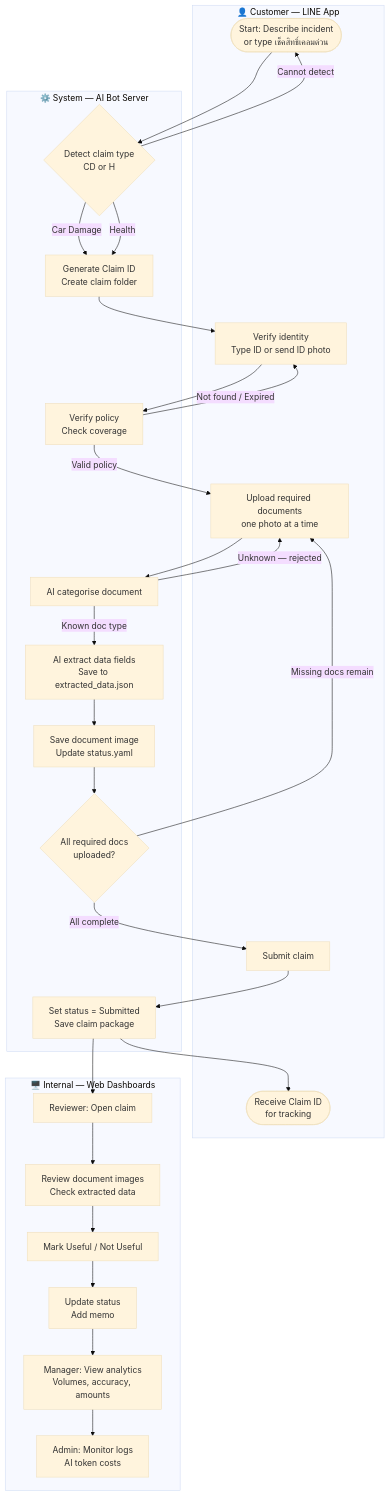
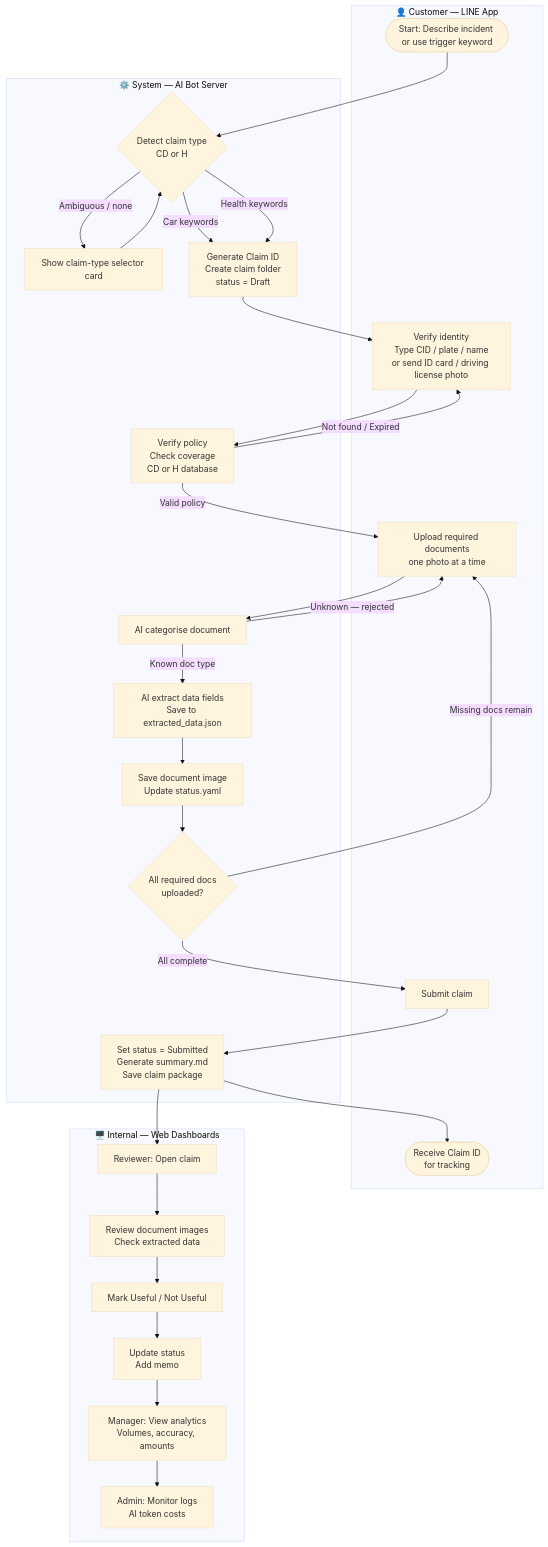
The first of 8 diagrams in document/user-journey.md (Tong3934/line-asst), drawn with Mermaid (base theme) before and after one commit. The commit also changed other lines of this file and 2 other files, not shown here.

````diff
--- a/document/user-journey.md
+++ b/document/user-journey.md
@@ -27,54 +27,56 @@
 ```mermaid
 flowchart TD
     subgraph Customer["👤 Customer — LINE App"]
-        C1([Start: Describe incident\nor type เช็คสิทธิ์เคลมด่วน])
-        C2[Verify identity\nType ID or send ID photo]
+        C1([Start: Describe incident or use trigger keyword])
+        C2[Verify identity\nType CID / plate / name\nor send ID card / driving license photo]
         C3[Upload required documents\none photo at a time]
         C4[Submit claim]
         C5([Receive Claim ID\nfor tracking])
     end
 
     subgraph System["⚙️ System — AI Bot Server"]
         S1{Detect claim type\nCD or H}
-        S2[Generate Claim ID\nCreate claim folder]
-        S3[Verify policy\nCheck coverage]
+        S1b[Show claim-type selector card]
+        S2[Generate Claim ID\nCreate claim folder\nstatus = Draft]
+        S3[Verify policy\nCheck coverage\nCD or H database]
         S4[AI categorise document]
         S5[AI extract data fields\nSave to extracted_data.json]
         S6[Save document image\nUpdate status.yaml]
         S7{All required docs\nuploaded?}
-        S8[Set status = Submitted\nSave claim package]
+        S8[Set status = Submitted\nGenerate summary.md\nSave claim package]
     end
 
     subgraph Internal["🖥️ Internal — Web Dashboards"]
         R1[Reviewer: Open claim]
         R2[Review document images\nCheck extracted data]
         R3[Mark Useful / Not Useful]
         R4[Update status\nAdd memo]
         M1[Manager: View analytics\nVolumes, accuracy, amounts]
         A1[Admin: Monitor logs\nAI token costs]
     end
 
     C1 --> S1
-    S1 -->|Car Damage| S2
-    S1 -->|Health| S2
-    S1 -->|Cannot detect| C1
+    S1 -->|Car keywords| S2
+    S1 -->|Health keywords| S2
+    S1 -->|Ambiguous / none| S1b
+    S1b --> S1
     S2 --> C2
     C2 --> S3
     S3 -->|Valid policy| C3
     S3 -->|Not found / Expired| C2
     C3 --> S4
     S4 -->|Known doc type| S5
     S4 -->|Unknown — rejected| C3
     S5 --> S6
     S6 --> S7
     S7 -->|Missing docs remain| C3
     S7 -->|All complete| C4
     C4 --> S8
     S8 --> C5
     S8 --> R1
     R1 --> R2
     R2 --> R3
     R3 --> R4
     R4 --> M1
     M1 --> A1
 ```
````
